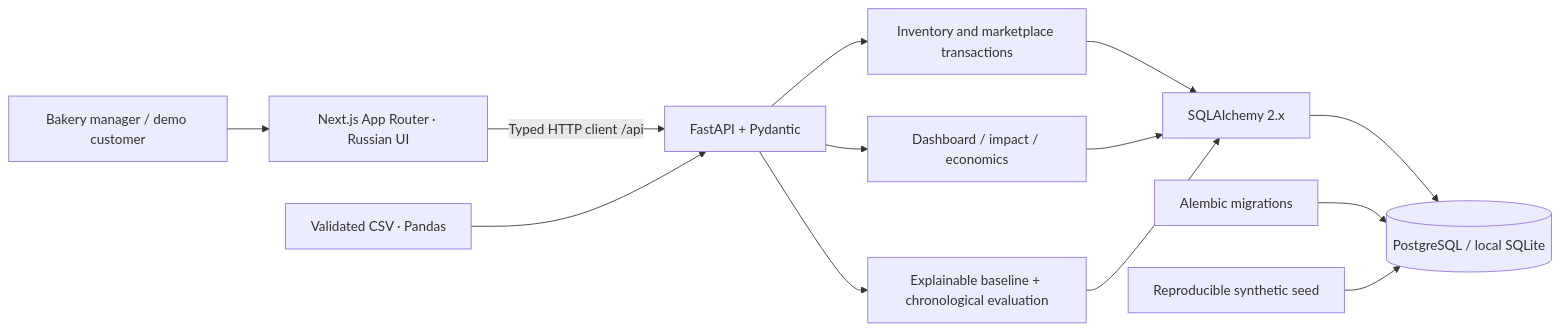
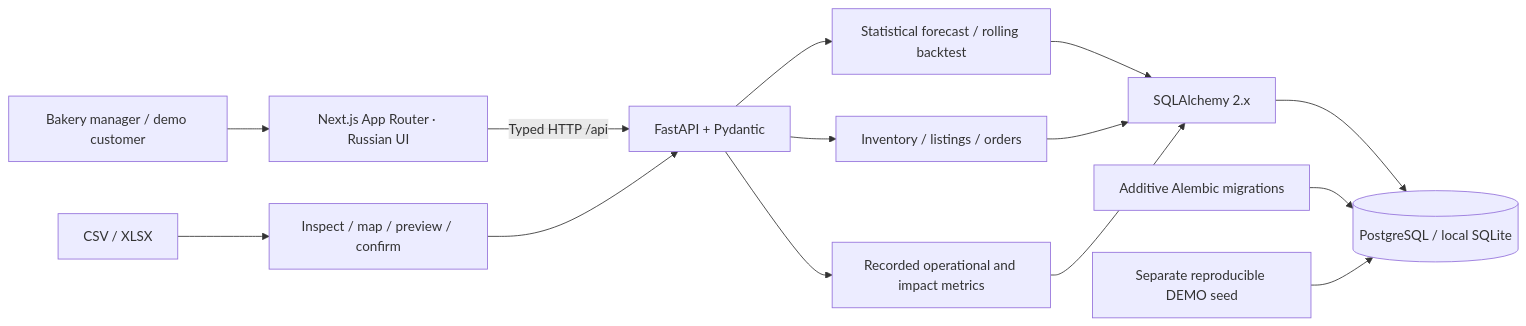
Before and after one commit to batyrkekw/SAQTA: the diagram in README.md, drawn with Mermaid. The commit also changed other lines of this file and 69 other files, not shown here.

````diff
--- a/README.md
+++ b/README.md
@@ -31,15 +65,16 @@
 ```mermaid
 flowchart LR
-  Manager[Bakery manager / demo customer] --> Web[Next.js App Router · Russian UI]
-  Web -->|Typed HTTP client /api| API[FastAPI + Pydantic]
-  API --> Stock[Inventory and marketplace transactions]
-  API --> Analytics[Dashboard / impact / economics]
-  API --> Forecast[Explainable baseline + chronological evaluation]
-  Stock --> ORM[SQLAlchemy 2.x]
+  User[Bakery manager / demo customer] --> Web[Next.js App Router · Russian UI]
+  Web -->|Typed HTTP /api| API[FastAPI + Pydantic]
+  API --> Forecast[Statistical forecast / rolling backtest]
+  API --> Operations[Inventory / listings / orders]
+  API --> Analytics[Recorded operational and impact metrics]
+  Files[CSV / XLSX] --> Inspect[Inspect / map / preview / confirm]
+  Inspect --> API
+  Forecast --> ORM[SQLAlchemy 2.x]
+  Operations --> ORM
   Analytics --> ORM
-  Forecast --> ORM
   ORM --> DB[(PostgreSQL / local SQLite)]
-  CSV[Validated CSV · Pandas] --> API
-  Migrations[Alembic migrations] --> DB
-  Seed[Reproducible synthetic seed] --> DB
+  Alembic[Additive Alembic migrations] --> DB
+  Synthetic[Separate reproducible DEMO seed] --> DB
 ```
````
